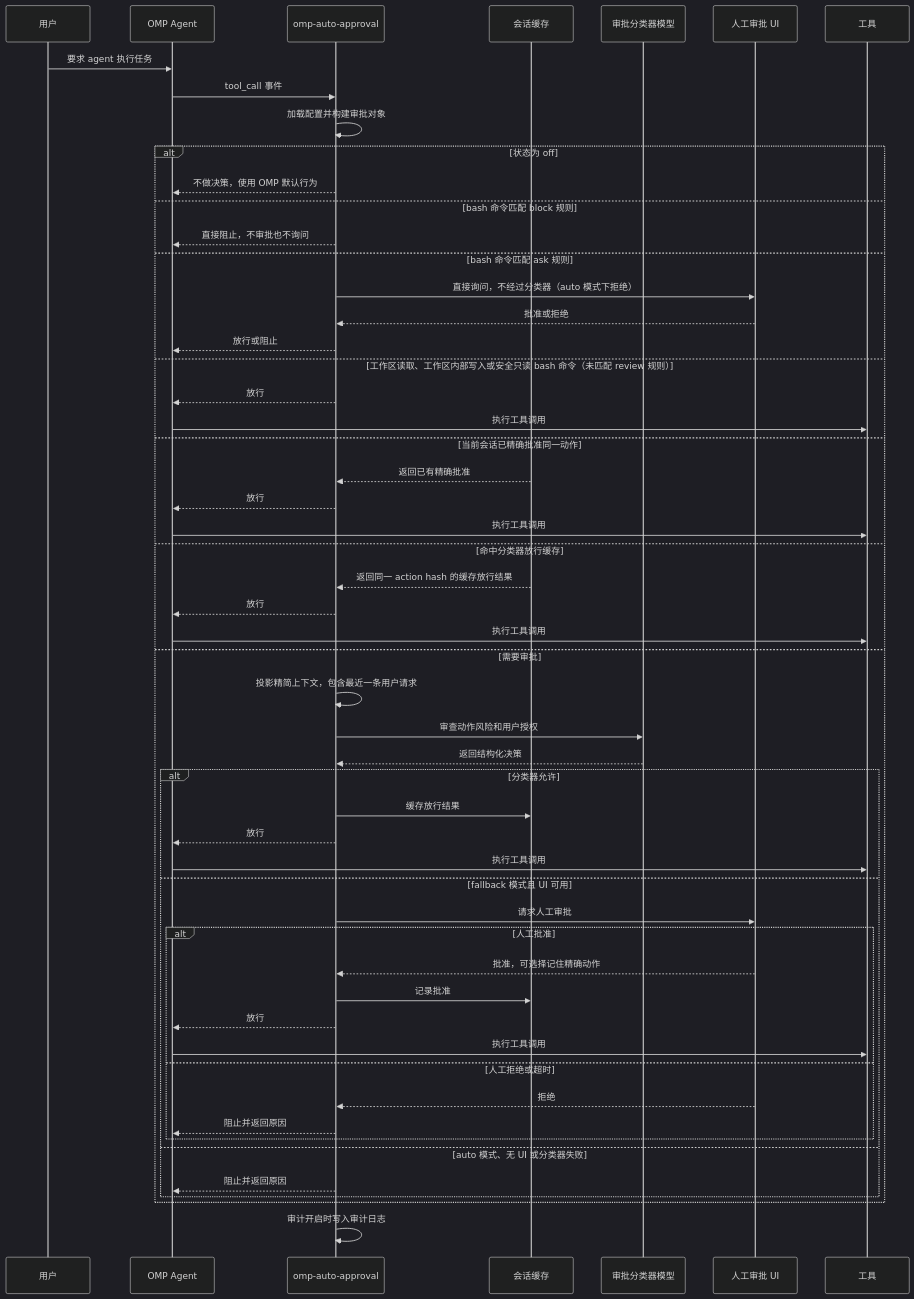
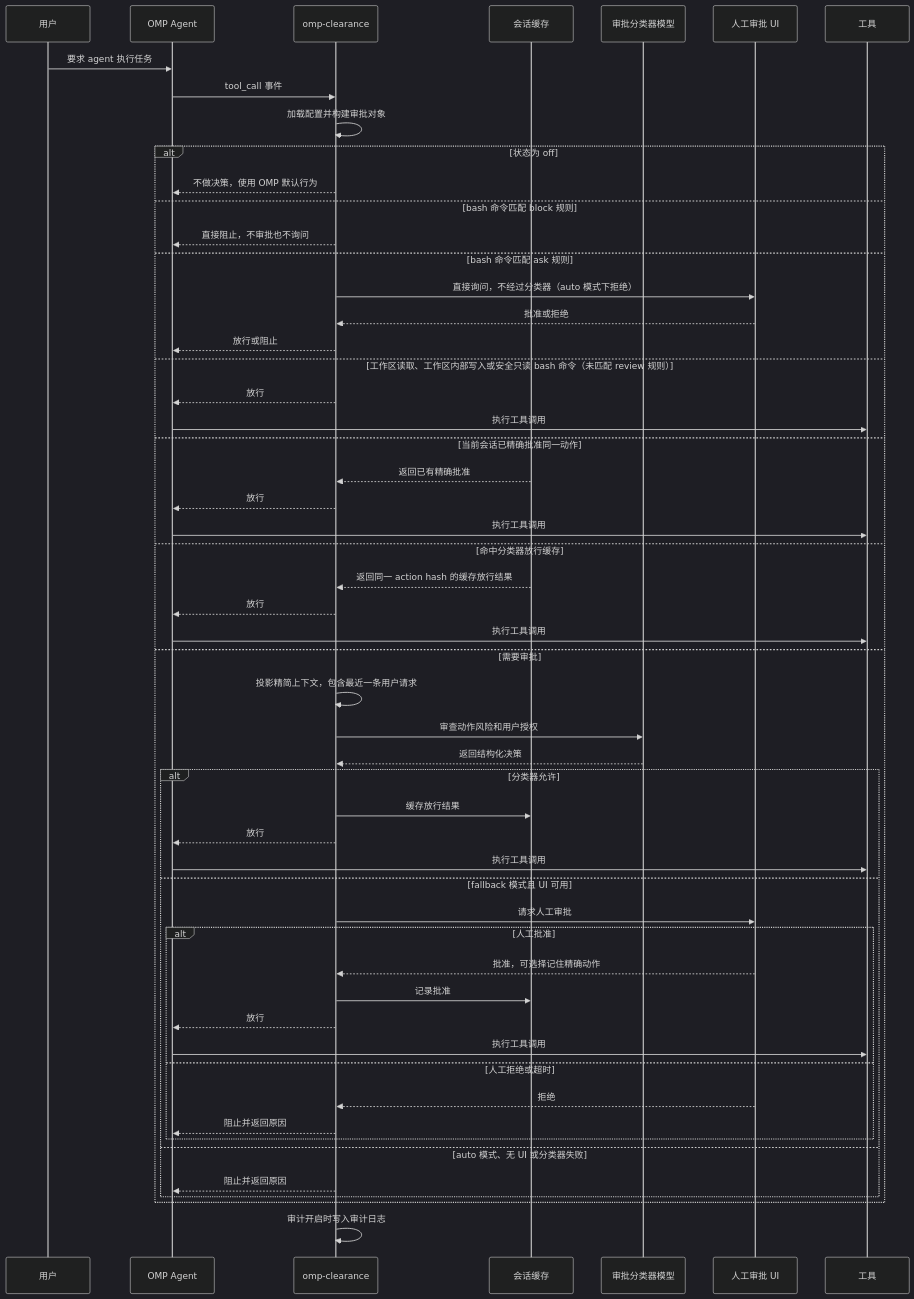
One commit to sthetz/omp-auto-approval changed the diagram in README.zh-CN.md. Above: the diagram before and after it, drawn with Mermaid (dark theme). The commit also changed other lines of this file and 24 other files, not shown here.

First line of the commit message:
Rename the project to omp-clearance

````diff
--- a/README.zh-CN.md
+++ b/README.zh-CN.md
@@ -75,60 +73,60 @@
 ```mermaid
 sequenceDiagram
     participant User as 用户
     participant OMP as OMP Agent
-    participant Ext as omp-auto-approval
+    participant Ext as omp-clearance
     participant Store as 会话缓存
     participant Classifier as 审批分类器模型
     participant Human as 人工审批 UI
     participant Tool as 工具
 
     User->>OMP: 要求 agent 执行任务
     OMP->>Ext: tool_call 事件
     Ext->>Ext: 加载配置并构建审批对象
 
     alt 状态为 off
         Ext-->>OMP: 不做决策，使用 OMP 默认行为
     else bash 命令匹配 block 规则
         Ext-->>OMP: 直接阻止，不审批也不询问
     else bash 命令匹配 ask 规则
         Ext->>Human: 直接询问，不经过分类器（auto 模式下拒绝）
         Human-->>Ext: 批准或拒绝
         Ext-->>OMP: 放行或阻止
     else 工作区读取、工作区内部写入或安全只读 bash 命令（未匹配 review 规则）
         Ext-->>OMP: 放行
         OMP->>Tool: 执行工具调用
     else 当前会话已精确批准同一动作
         Store-->>Ext: 返回已有精确批准
         Ext-->>OMP: 放行
         OMP->>Tool: 执行工具调用
     else 命中分类器放行缓存
         Store-->>Ext: 返回同一 action hash 的缓存放行结果
         Ext-->>OMP: 放行
         OMP->>Tool: 执行工具调用
     else 需要审批
         Ext->>Ext: 投影精简上下文，包含最近一条用户请求
         Ext->>Classifier: 审查动作风险和用户授权
         Classifier-->>Ext: 返回结构化决策
 
         alt 分类器允许
             Ext->>Store: 缓存放行结果
             Ext-->>OMP: 放行
             OMP->>Tool: 执行工具调用
         else fallback 模式且 UI 可用
             Ext->>Human: 请求人工审批
             alt 人工批准
                 Human-->>Ext: 批准，可选择记住精确动作
                 Ext->>Store: 记录批准
                 Ext-->>OMP: 放行
                 OMP->>Tool: 执行工具调用
             else 人工拒绝或超时
                 Human-->>Ext: 拒绝
                 Ext-->>OMP: 阻止并返回原因
             end
         else auto 模式、无 UI 或分类器失败
             Ext-->>OMP: 阻止并返回原因
         end
     end
 
     Ext->>Ext: 审计开启时写入审计日志
 ```
````
